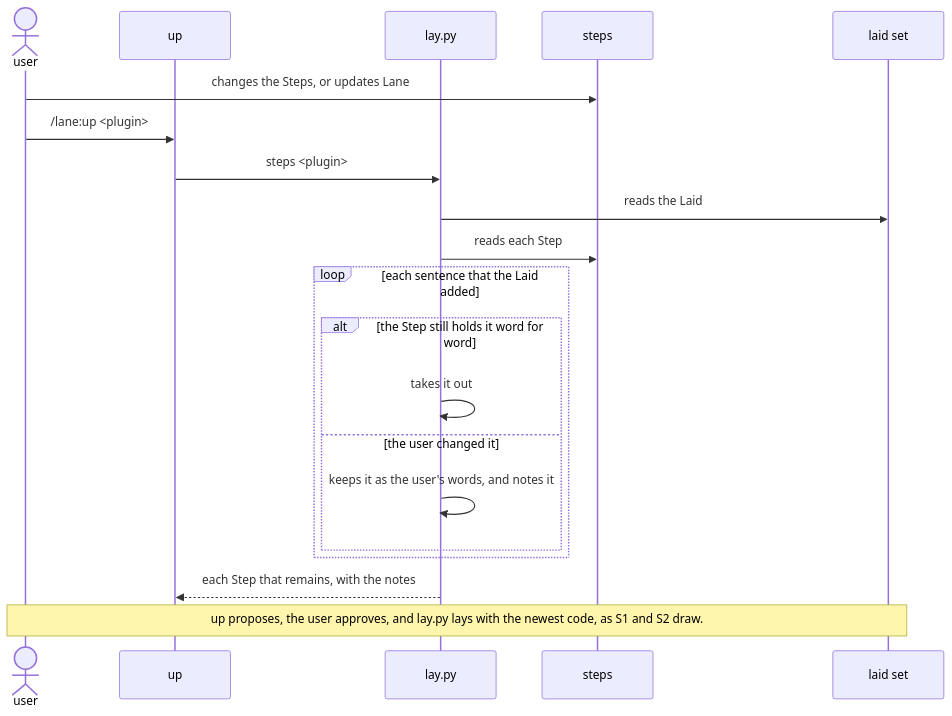
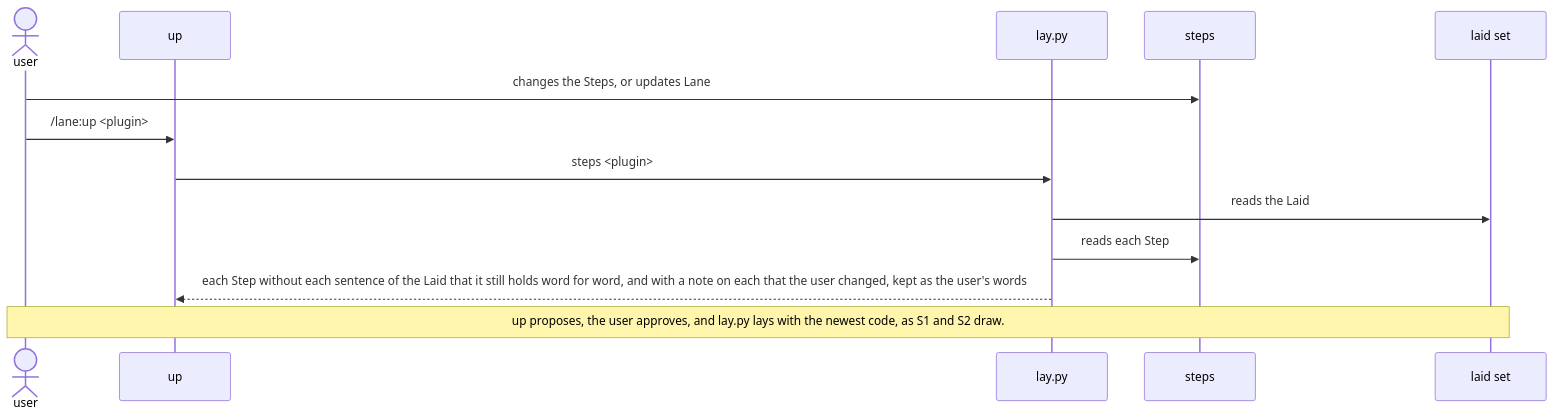
One commit to lovaizu/ccpm changed the third of 6 diagrams in dev/lane/architecture.md. Above: the diagram before and after it, drawn with Mermaid. The commit also changed other lines of this file and 7 other files, not shown here.

````diff
--- a/dev/lane/architecture.md
+++ b/dev/lane/architecture.md
@@ -270,22 +268,15 @@
 ```mermaid
 sequenceDiagram
   actor U as user
   participant UP as up
   participant L as lay.py
   participant ST as steps
   participant LS as laid set
   U->>ST: changes the Steps, or updates Lane
   U->>UP: /lane:up <plugin>
   UP->>L: steps <plugin>
   L->>LS: reads the Laid
   L->>ST: reads each Step
-  loop each sentence that the Laid added
-    alt the Step still holds it word for word
-      L->>L: takes it out
-    else the user changed it
-      L->>L: keeps it as the user's words, and notes it
-    end
-  end
-  L-->>UP: each Step that remains, with the notes
+  L-->>UP: each Step without each sentence of the Laid that it still holds word for word, and with a note on each that the user changed, kept as the user's words
   Note over U,LS: up proposes, the user approves, and lay.py lays with the newest code, as S1 and S2 draw.
 ```
````
